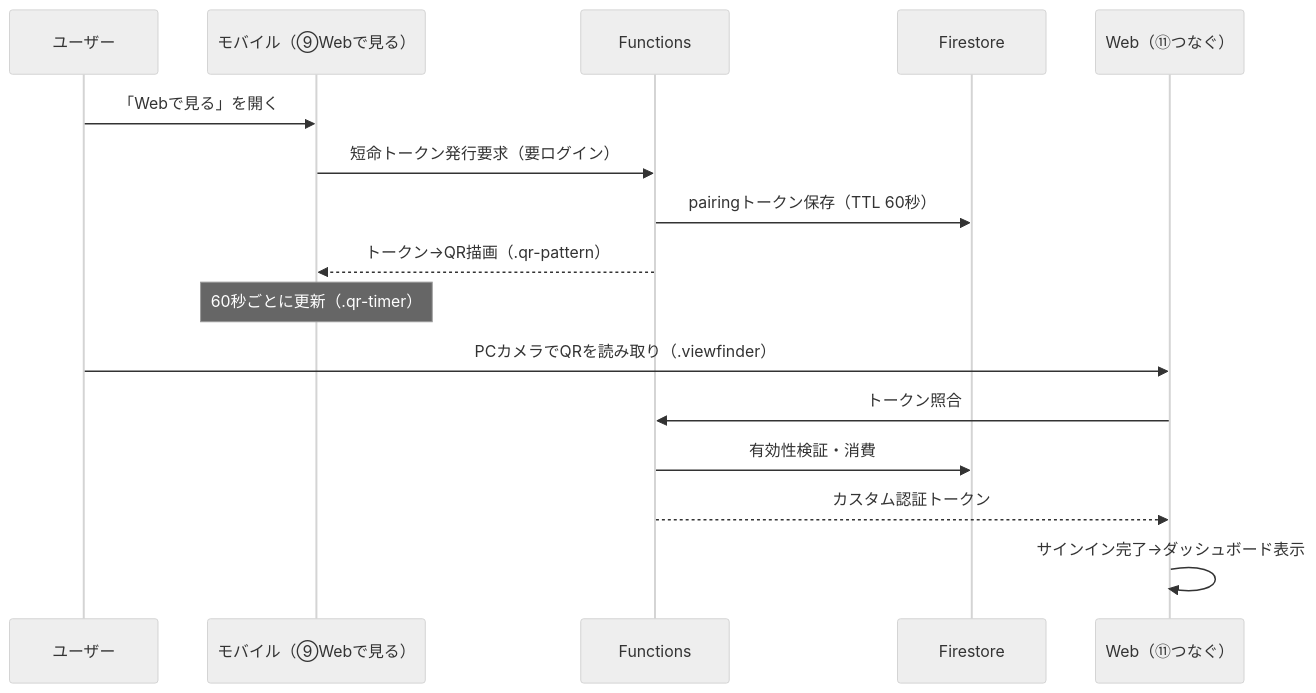
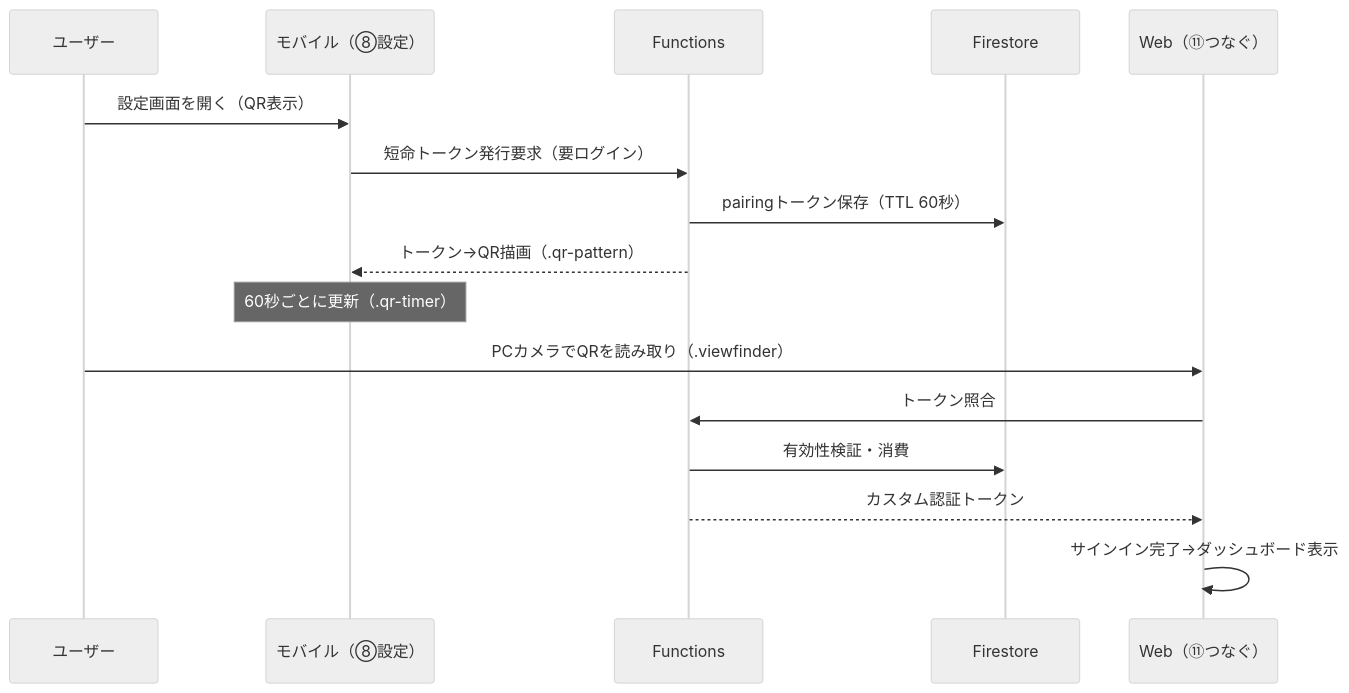
Before and after one commit to KierkegaalL/tasogare-diary: the fourth of 5 diagrams in docs/design/basic-design.md, drawn with Mermaid (neutral theme). The commit also changed other lines of this file and 14 other files, not shown here.

````diff
--- a/docs/design/basic-design.md
+++ b/docs/design/basic-design.md
@@ -157,18 +155,18 @@
 ```mermaid
 sequenceDiagram
   participant U as ユーザー
-  participant M as モバイル（⑨Webで見る）
+  participant M as モバイル（⑧設定）
   participant FN as Functions
   participant FS as Firestore
   participant W as Web（⑪つなぐ）
-  U->>M: 「Webで見る」を開く
+  U->>M: 設定画面を開く（QR表示）
   M->>FN: 短命トークン発行要求（要ログイン）
   FN->>FS: pairingトークン保存（TTL 60秒）
   FN-->>M: トークン→QR描画（.qr-pattern）
   Note over M: 60秒ごとに更新（.qr-timer）
   U->>W: PCカメラでQRを読み取り（.viewfinder）
   W->>FN: トークン照合
   FN->>FS: 有効性検証・消費
   FN-->>W: カスタム認証トークン
   W->>W: サインイン完了→ダッシュボード表示
 ```
````
